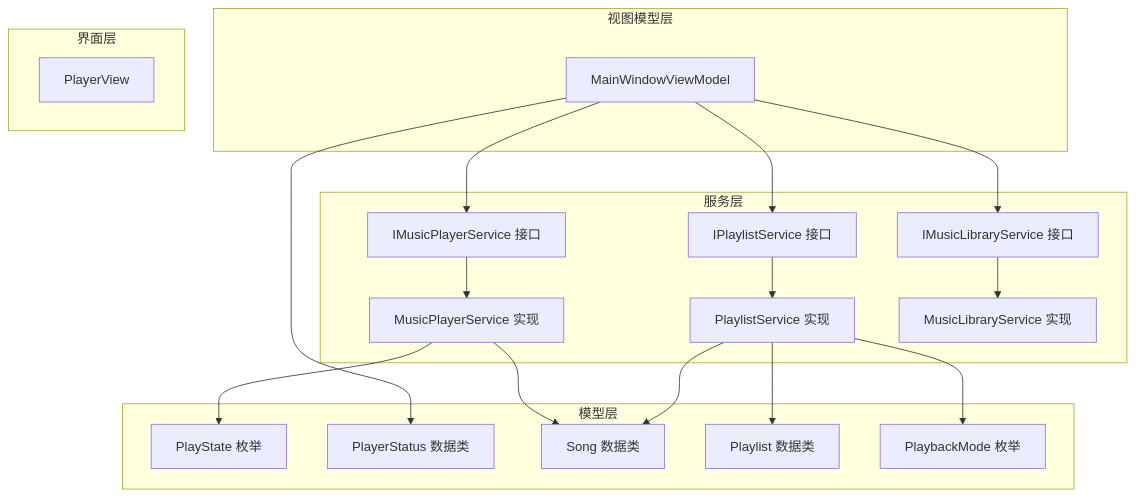
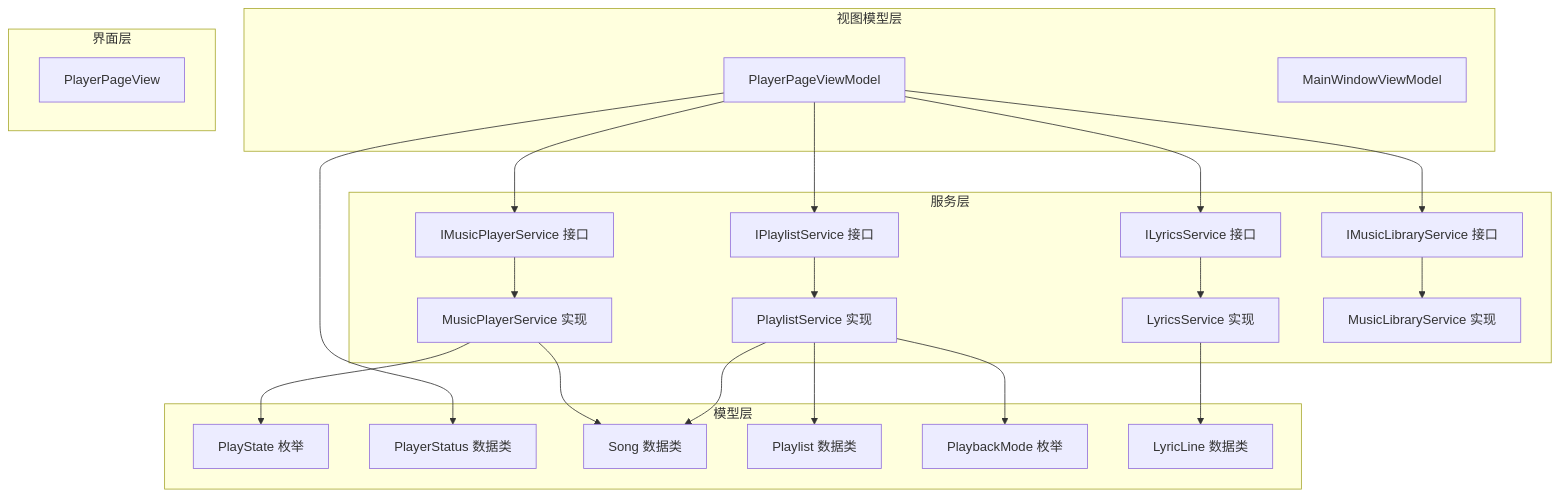
One commit to mariamjensen42-glitch/LocalMusicPlayer changed the first of 12 diagrams in .qoder/repowiki/zh/content/核心服务层/音频播放服务.md. Above: the diagram before and after it, drawn with Mermaid. The commit also changed other lines of this file and 23 other files, not shown here.

````diff
--- a/.qoder/repowiki/zh/content/核心服务层/音频播放服务.md
+++ b/.qoder/repowiki/zh/content/核心服务层/音频播放服务.md
@@ -45,36 +58,43 @@
 ```mermaid
 graph TB
 subgraph "模型层"
 PS["PlayState 枚举"]
 PT["PlayerStatus 数据类"]
 SD["Song 数据类"]
 PL["Playlist 数据类"]
 PM["PlaybackMode 枚举"]
+LL["LyricLine 数据类"]
 end
 subgraph "服务层"
 IMPS["IMusicPlayerService 接口"]
 MPS["MusicPlayerService 实现"]
+ILS["ILyricsService 接口"]
+LS["LyricsService 实现"]
 IPLS["IPlaylistService 接口"]
 PLS["PlaylistService 实现"]
 IMLS["IMusicLibraryService 接口"]
 MLS["MusicLibraryService 实现"]
 end
 subgraph "视图模型层"
+PPVM["PlayerPageViewModel"]
 MWVM["MainWindowViewModel"]
 end
 subgraph "界面层"
-PV["PlayerView"]
+PPV["PlayerPageView"]
 end
 IMPS --> MPS
+ILS --> LS
 IPLS --> PLS
 IMLS --> MLS
-MWVM --> IMPS
-MWVM --> IPLS
-MWVM --> IMLS
+PPVM --> IMPS
+PPVM --> IPLS
+PPVM --> IMLS
+PPVM --> ILS
 MPS --> SD
+LS --> LL
 PLS --> SD
 PLS --> PL
 PLS --> PM
 MPS --> PS
-MWVM --> PT
+PPVM --> PT
 ```
````
